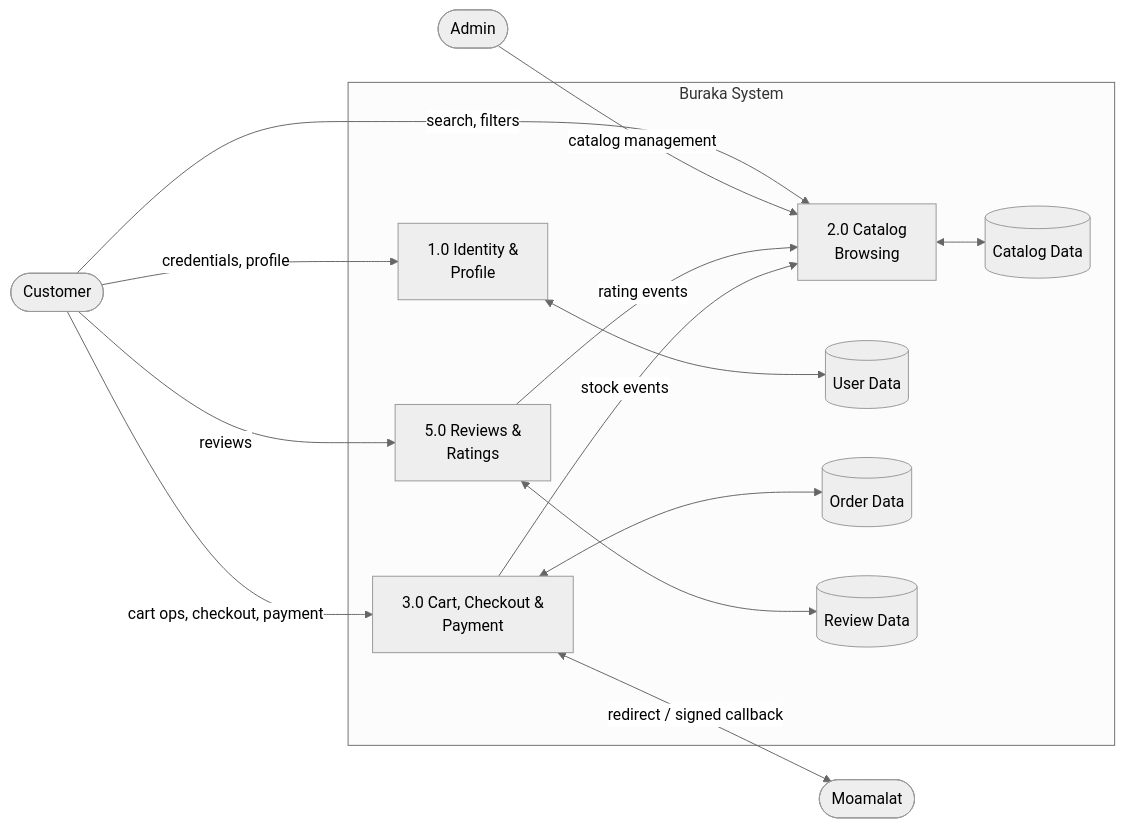
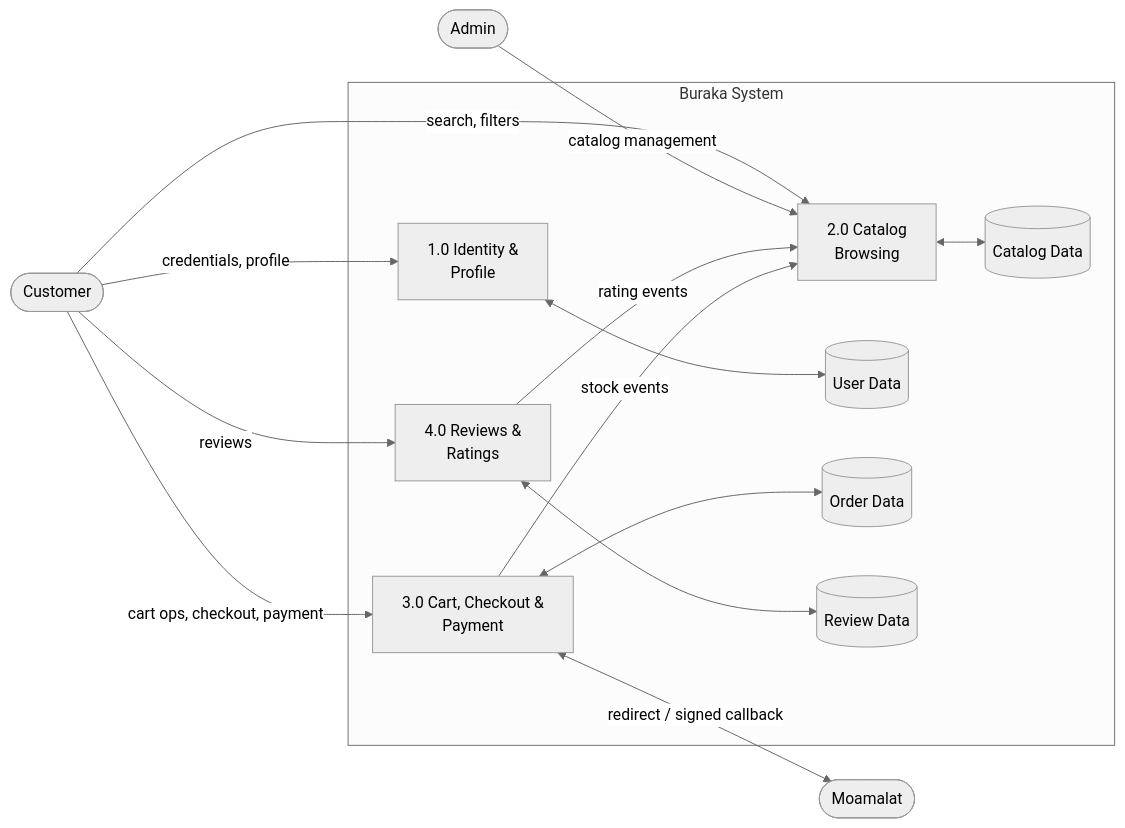
The fifth of 5 diagrams in buraka-docs/architecture/06-architecture-diagrams.md (alialghanay/buraka), drawn with Mermaid (neutral theme) before and after one commit.

Commit message:
docs(architecture): renumber DFD review process to p4 for sequential numbering

````diff
--- a/buraka-docs/architecture/06-architecture-diagrams.md
+++ b/buraka-docs/architecture/06-architecture-diagrams.md
@@ -139,31 +139,31 @@
 ```mermaid
 flowchart LR
     customer(["Customer"])
     admin(["Admin"])
     moamalat(["Moamalat"])
 
     subgraph system["Buraka System"]
         p1["1.0 Identity &<br/>Profile"]
         p2["2.0 Catalog<br/>Browsing"]
         p3["3.0 Cart, Checkout &<br/>Payment"]
-        p5["5.0 Reviews &<br/>Ratings"]
+        p4["4.0 Reviews &<br/>Ratings"]
         d1[("User Data")]
         d2[("Catalog Data")]
         d3[("Order Data")]
         d4[("Review Data")]
     end
 
     customer -->|"credentials, profile"| p1
     customer -->|"search, filters"| p2
     customer -->|"cart ops, checkout, payment"| p3
     p3 <-->|"redirect / signed callback"| moamalat
-    customer -->|"reviews"| p5
+    customer -->|"reviews"| p4
     admin -->|"catalog management"| p2
 
     p1 <--> d1
     p2 <--> d2
     p3 <--> d3
-    p5 <--> d4
-    p5 -->|"rating events"| p2
+    p4 <--> d4
+    p4 -->|"rating events"| p2
     p3 -->|"stock events"| p2
 ```
````
